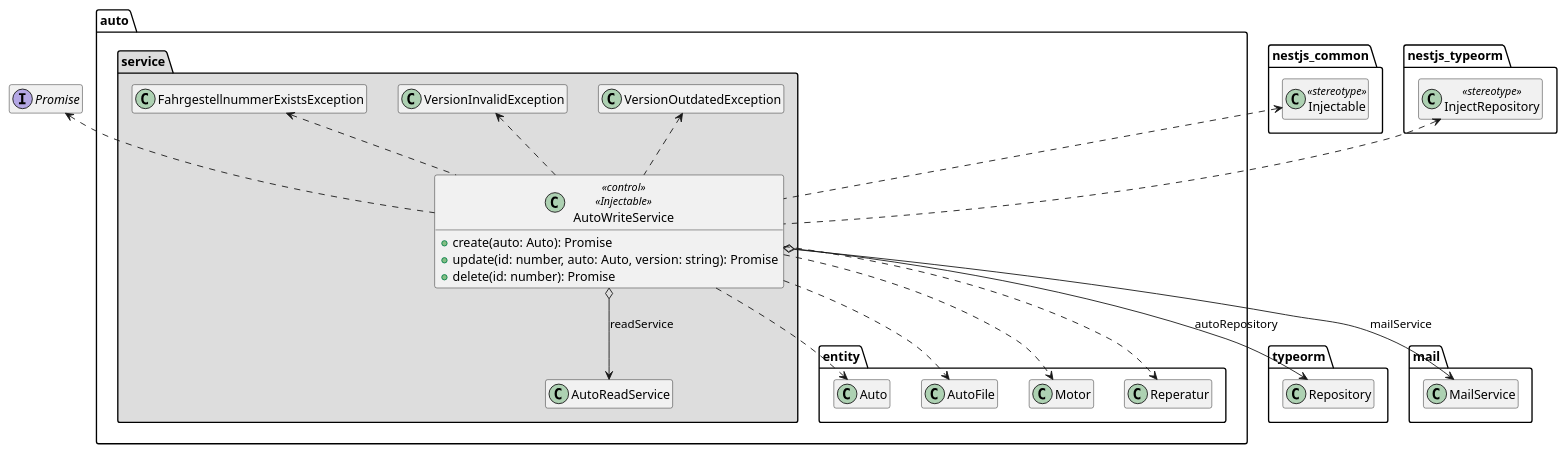
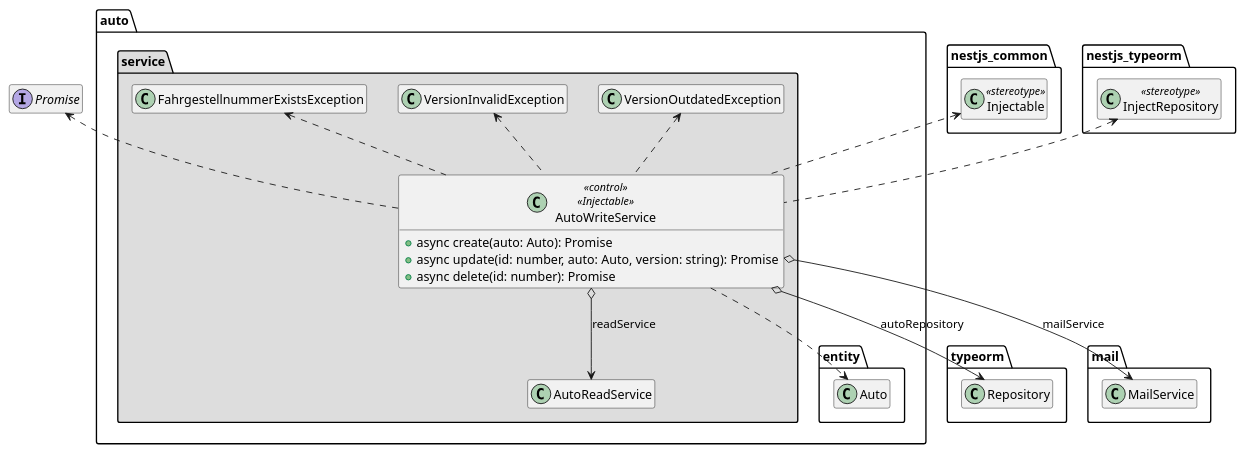
The diagram in .extras/doc/projekthandbuch/AutoWriteService.plantuml (JBones35/auto), drawn with PlantUML before and after one commit. The commit also changed 8 other files, not shown here.

Commit message:
plant-uml nachbesserungen am 29.04

```diff
--- a/.extras/doc/projekthandbuch/AutoWriteService.plantuml
+++ b/.extras/doc/projekthandbuch/AutoWriteService.plantuml
@@ -1,60 +1,55 @@
 @startuml Anwendungskern
 
 interface Promise
 
 package nestjs_common {
   class Injectable <<stereotype>>
 }
 
 package typeorm {
   class Repository
 }
 
 package nestjs_typeorm {
   class InjectRepository <<stereotype>>
 }
 
 package mail {
   class MailService
 }
 
 package auto {
   package entity {
     class Auto
-    class AutoFile
-    class Motor
-    class Reperatur
   }
 
   package service #DDDDDD {
     class FahrgestellnummerExistsException
     class VersionInvalidException
     class VersionOutdatedException
 
     class AutoWriteService <<control>> <<Injectable>> {
-      +create(auto: Auto): Promise
-      +update(id: number, auto: Auto, version: string): Promise
-      +delete(id: number): Promise
+      + async create(auto: Auto): Promise
+      + async update(id: number, auto: Auto, version: string): Promise
+      + async delete(id: number): Promise
     }
 
     AutoWriteService o--> AutoReadService : readService
     AutoWriteService o--> Repository : autoRepository
     AutoWriteService o--> MailService : mailService
 
     AutoWriteService .up.> Injectable
     AutoWriteService .up.> InjectRepository
     AutoWriteService .up.> Promise
 
     AutoWriteService ..> Auto
-    AutoWriteService ..> AutoFile
-    AutoWriteService ..> Motor
-    AutoWriteService ..> Reperatur
 
     AutoWriteService .up.> FahrgestellnummerExistsException
     AutoWriteService .up.> VersionInvalidException
     AutoWriteService .up.> VersionOutdatedException
   }
 }
 
 hide empty members
+
 @enduml
```
